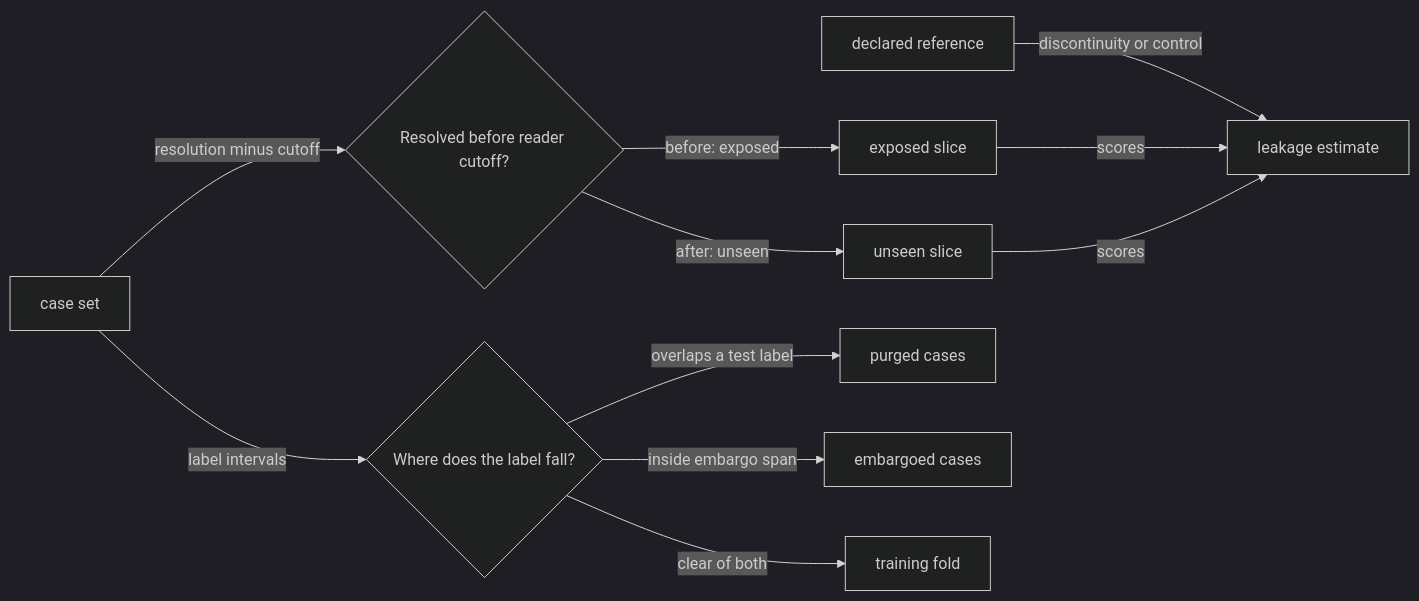
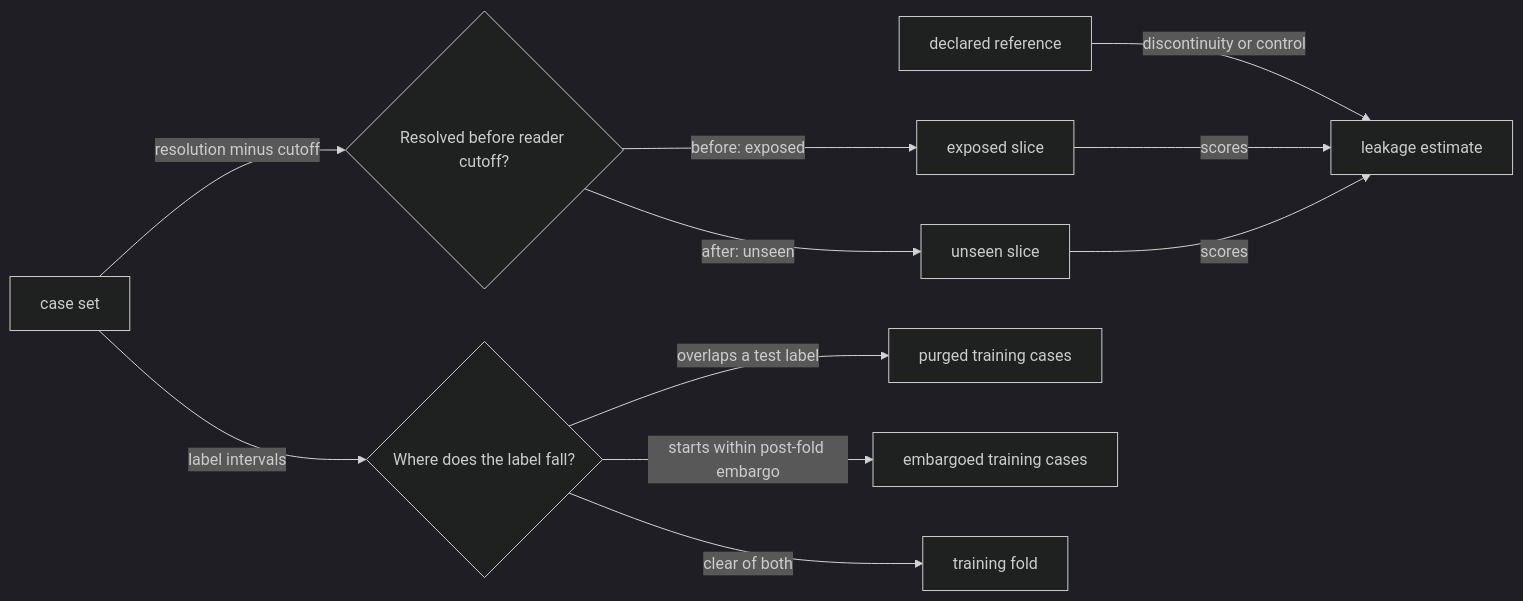
Before and after one commit to fractalboxdev/contextful: the second of 2 diagrams in spec/guide/assurance.md, drawn with Mermaid (dark theme). The commit also changed other lines of this file and 11 other files, not shown here.

Commit message:
corpus(diagram): a flowchart carries no click link, and the backtest guide cites the split rule

````diff
--- a/spec/guide/assurance.md
+++ b/spec/guide/assurance.md
@@ -110,13 +105,13 @@
 ```mermaid
 flowchart LR
   CASES["case set"] -->|"resolution minus cutoff"| SEEN{"Resolved before reader cutoff?"}
   SEEN -->|"before: exposed"| EXPOSED["exposed slice"]
   SEEN -->|"after: unseen"| UNSEEN["unseen slice"]
   REF["declared reference"] -->|"discontinuity or control"| EST["leakage estimate"]
   EXPOSED -->|"scores"| EST
   UNSEEN -->|"scores"| EST
   CASES -->|"label intervals"| FOLD{"Where does the label fall?"}
-  FOLD -->|"overlaps a test label"| PURGED["purged cases"]
-  FOLD -->|"inside embargo span"| EMBARGOED["embargoed cases"]
+  FOLD -->|"overlaps a test label"| PURGED["purged training cases"]
+  FOLD -->|"starts within post-fold embargo"| EMBARGOED["embargoed training cases"]
   FOLD -->|"clear of both"| TRAIN["training fold"]
 ```
````
